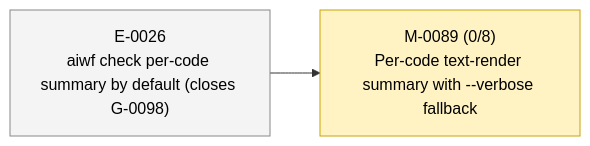
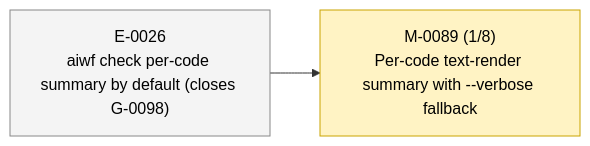
Before and after one commit to 23min/aiwf: the second of 2 diagrams in STATUS.md, drawn with Mermaid. The commit also changed other lines of this file and 1 other file, not shown here.

````diff
--- a/STATUS.md
+++ b/STATUS.md
@@ -51,12 +51,12 @@
 ```mermaid
 flowchart LR
   E_0026["E-0026<br/>aiwf check per-code summary by default (closes G-0098)"]:::epic_proposed
-  M_0089["M-0089 (0/8)<br/>Per-code text-render summary with --verbose fallback"]:::ms_in_progress
+  M_0089["M-0089 (1/8)<br/>Per-code text-render summary with --verbose fallback"]:::ms_in_progress
   E_0026 --> M_0089
   classDef epic_active fill:#d6eaff,stroke:#1a73e8,color:#000
   classDef epic_proposed fill:#f4f4f4,stroke:#888,color:#000
   classDef ms_done fill:#d8f5d8,stroke:#2a8a2a,color:#000
   classDef ms_in_progress fill:#fff3c4,stroke:#caa400,color:#000
   classDef ms_draft fill:#f4f4f4,stroke:#888,color:#000
   classDef ms_cancelled fill:#fbeaea,stroke:#c33,color:#000
 ```
````
